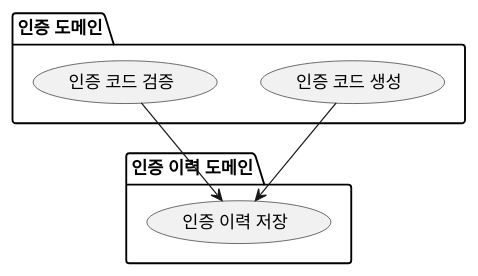
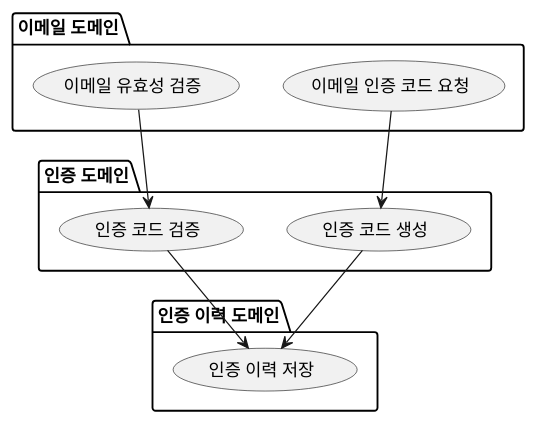
One commit to dykim-base-project/boot2-hexagonal changed the diagram in .uml/authentication/UseCase.puml. Above: the diagram before and after it, drawn with PlantUML. The commit also changed 33 other files, not shown here.

Commit message:
fix: README, uml, flyway sql 보완, 이메일 useCase 수정, entity 길이 설정

```diff
--- a/.uml/authentication/UseCase.puml
+++ b/.uml/authentication/UseCase.puml
@@ -1,15 +1,22 @@
 @startuml
 
+package "이메일 도메인" as email {
+  (이메일 인증 코드 요청) as requestEmailAuthCode
+  (이메일 유효성 검증) as validateEmail
+}
+
 package "인증 도메인" {
-  (인증 코드 생성)
-  (인증 코드 검증)
+  (인증 코드 생성) as createAuthCode
+  (인증 코드 검증) as validateAuthCode
 }
 
 package "인증 이력 도메인" {
-  (인증 이력 저장)
+  (인증 이력 저장) as createAuthHistory
 }
 
+requestEmailAuthCode --> createAuthCode
+validateEmail --> validateAuthCode
 
-(인증 코드 생성) --> (인증 이력 저장)
-(인증 코드 검증) --> (인증 이력 저장)
+createAuthCode --> createAuthHistory
+validateAuthCode --> createAuthHistory
 @enduml
```
